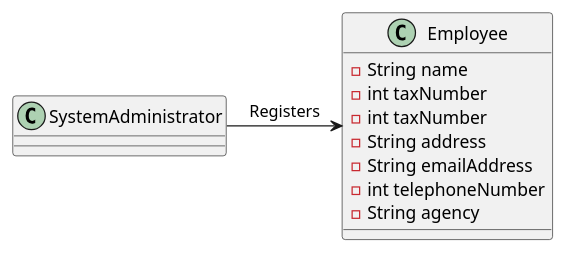
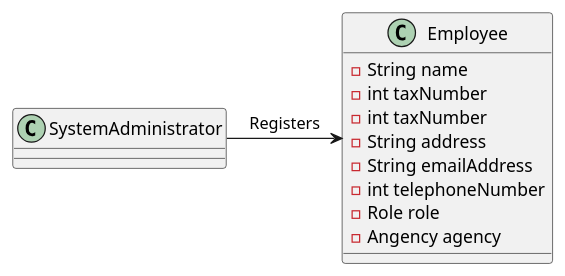
Before and after one commit to tiagohcorreia/LAPR2: the diagram in docs/sprintB/US003/02.analysis/puml/US003-Domain Model.puml, drawn with PlantUML. The commit also changed 2 other files, not shown here.

```diff
--- a/docs/sprintB/US003/02.analysis/puml/US003-Domain Model.puml
+++ b/docs/sprintB/US003/02.analysis/puml/US003-Domain Model.puml
@@ -1,38 +1,39 @@
 @startuml
 
 class SystemAdministrator {
 }
 
 class Employee {
     - String name
     - int taxNumber
     - int taxNumber
     - String address
     - String emailAddress
     - int telephoneNumber
-    - String agency
+    - Role role
+    - Angency agency
 }
 
 SystemAdministrator -> Employee: Registers
 
 
 
 
 
 
 
 
 
 
 
 
 
 
 
 
 
 
 
 
 
 @enduml
```
